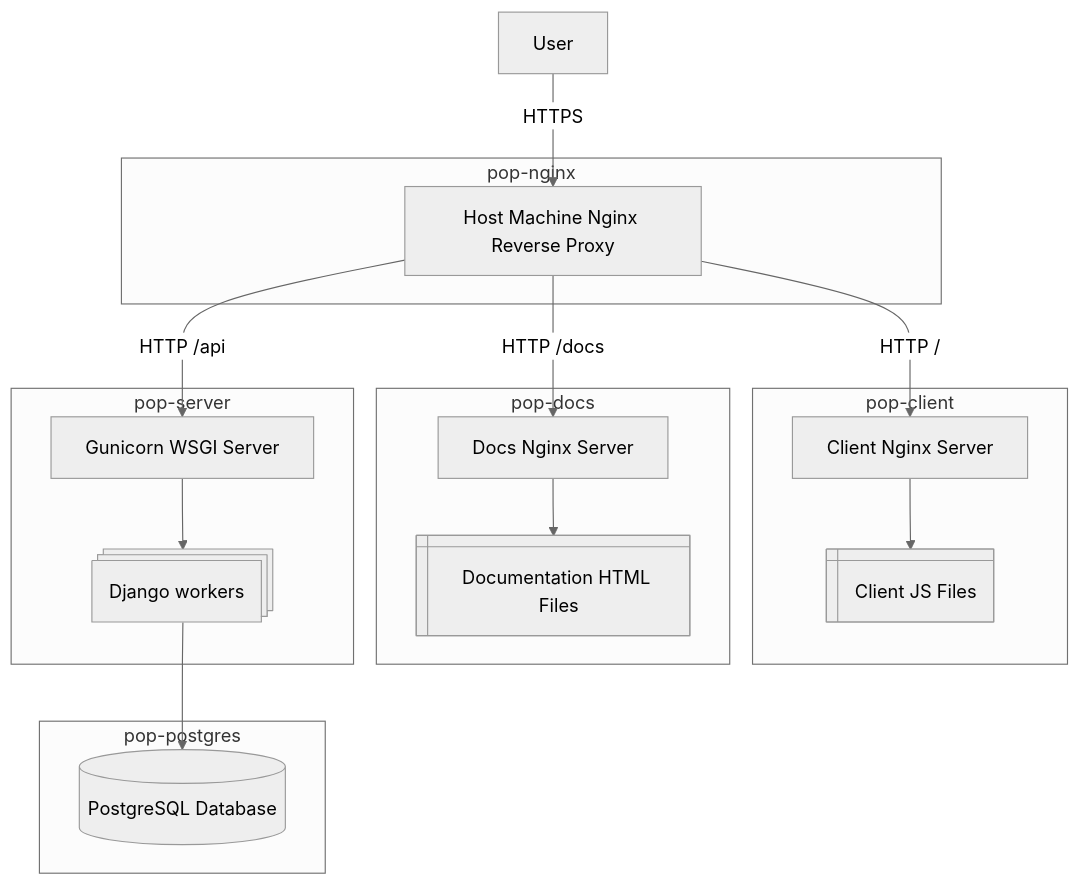
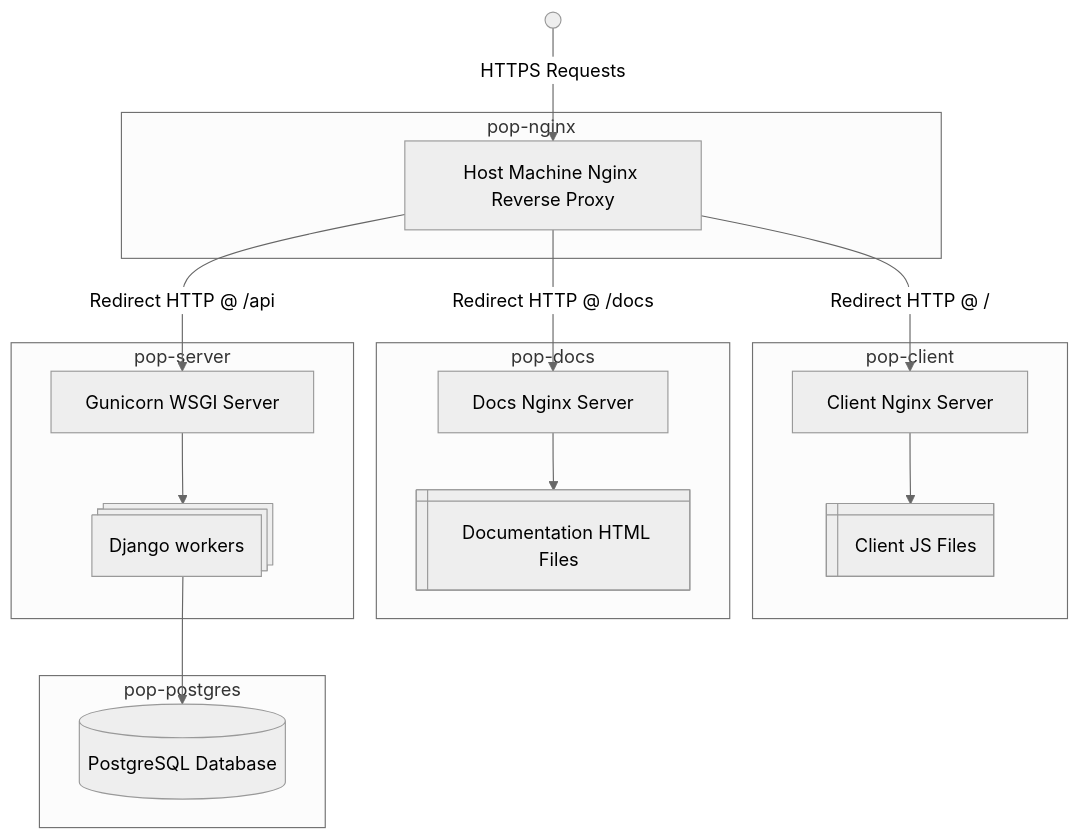
Before and after one commit to onconova/onconova: the second of 2 diagrams in pop-docs/docs/about.md, drawn with Mermaid (neutral theme). The commit also changed other lines of this file and 10 other files, not shown here.

````diff
--- a/pop-docs/docs/about.md
+++ b/pop-docs/docs/about.md
@@ -8,37 +76,37 @@
 ```mermaid
 graph TD
-    user[User]
+    user@{ shape: sm-circ, label: "" }   
     subgraph pop-nginx [pop-nginx]
-    nginx[Host Machine Nginx Reverse Proxy]
+        nginx[Host Machine Nginx Reverse Proxy]
     end
 
     client-nginx[Client Nginx Server]
     docs-nginx[Docs Nginx Server]
     docs@{ shape: win-pane, label: "Documentation HTML Files" }
     client@{ shape: win-pane, label: "Client JS Files" }
     gunicorn[Gunicorn WSGI Server]
     workers@{ shape: processes, label: "Django workers" }
     
     subgraph pop-postgres [pop-postgres]
-    postgres[(PostgreSQL Database)]
+        postgres[(PostgreSQL Database)]
     end
 
     %% Connections
-    user -- HTTPS --> nginx
-    nginx -- HTTP / --> client-nginx
-    nginx -- HTTP /api --> gunicorn
-    nginx -- HTTP /docs --> docs-nginx
+    user -- HTTPS Requests --> nginx
+    nginx -- Redirect HTTP @ / --> client-nginx
+    nginx -- Redirect HTTP @ /api --> gunicorn
+    nginx -- Redirect HTTP @ /docs --> docs-nginx
     
     subgraph pop-client [pop-client]
     client-nginx --> client
     end
     
     subgraph pop-docs [pop-docs]
     docs-nginx --> docs
     end
 
     subgraph pop-server [pop-server]
     gunicorn --> workers
     workers --> postgres
     end
 ```
````
